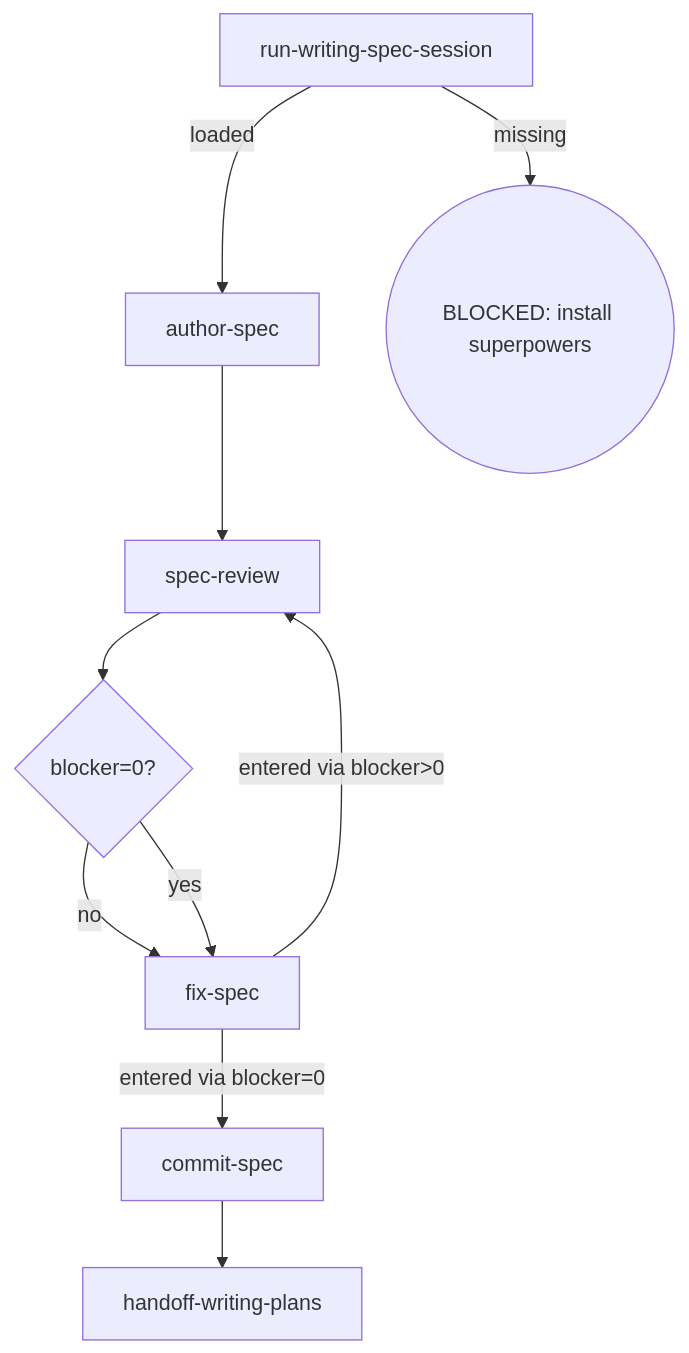
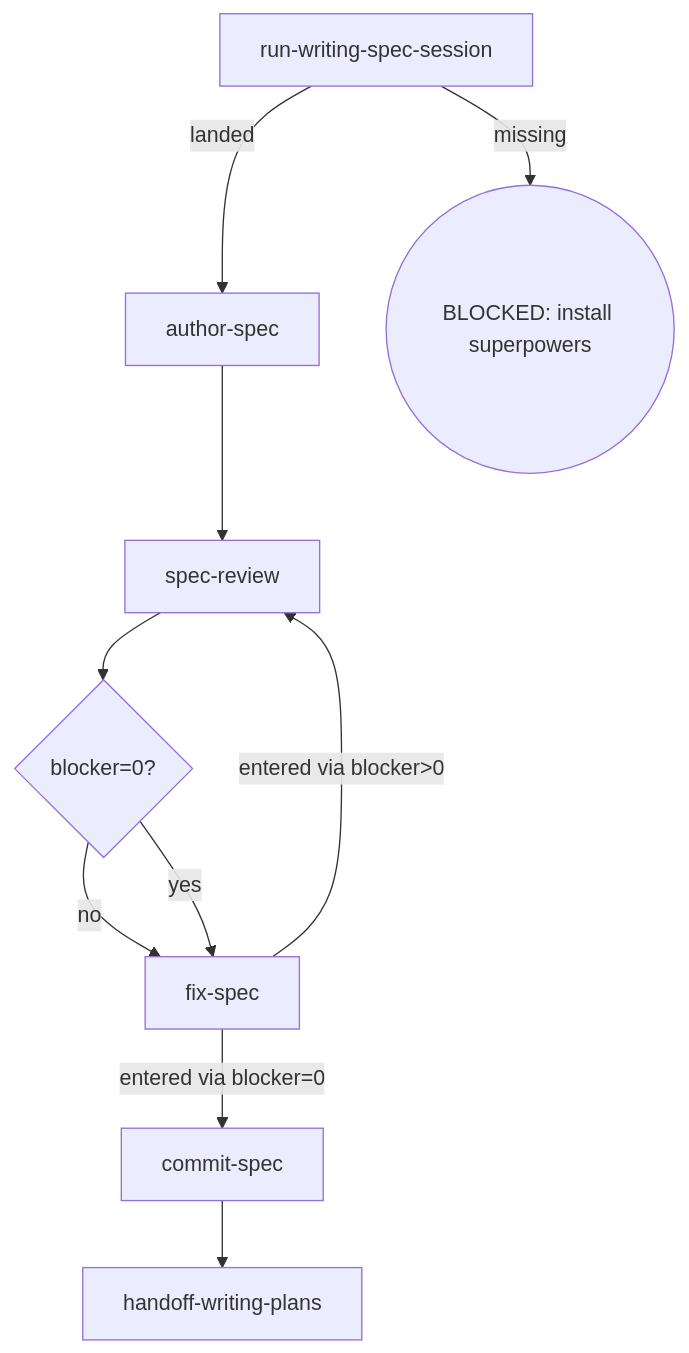
One commit to Oscaner/skills changed the diagram in packages/osuperpowers/skills/writing-single-spec/SKILL.md. Above: the diagram before and after it, drawn with Mermaid. The commit also changed 5 other files, not shown here.

````diff
--- a/packages/osuperpowers/skills/writing-single-spec/SKILL.md
+++ b/packages/osuperpowers/skills/writing-single-spec/SKILL.md
@@ -12,12 +12,12 @@
 ```mermaid
 flowchart TD
-  A[run-writing-spec-session] -->|loaded| C[author-spec]
+  A[run-writing-spec-session] -->|landed| C[author-spec]
   A -->|missing| Z1((BLOCKED: install superpowers))
   C --> D[spec-review]
   D --> E{blocker=0?}
   E -->|no| F[fix-spec]
   E -->|yes| F
   F -->|entered via blocker>0| D
   F -->|entered via blocker=0| H[commit-spec]
   H --> I[handoff-writing-plans]
 ```
````
